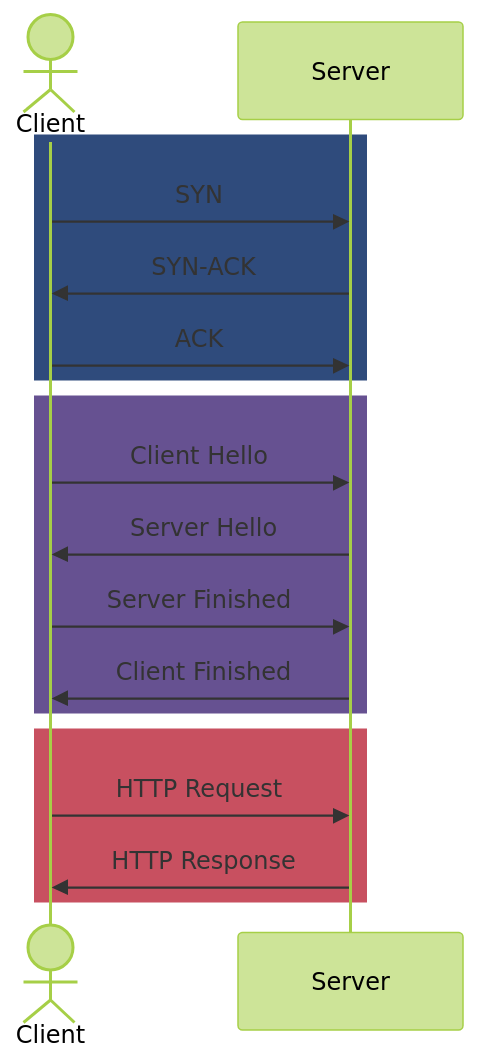
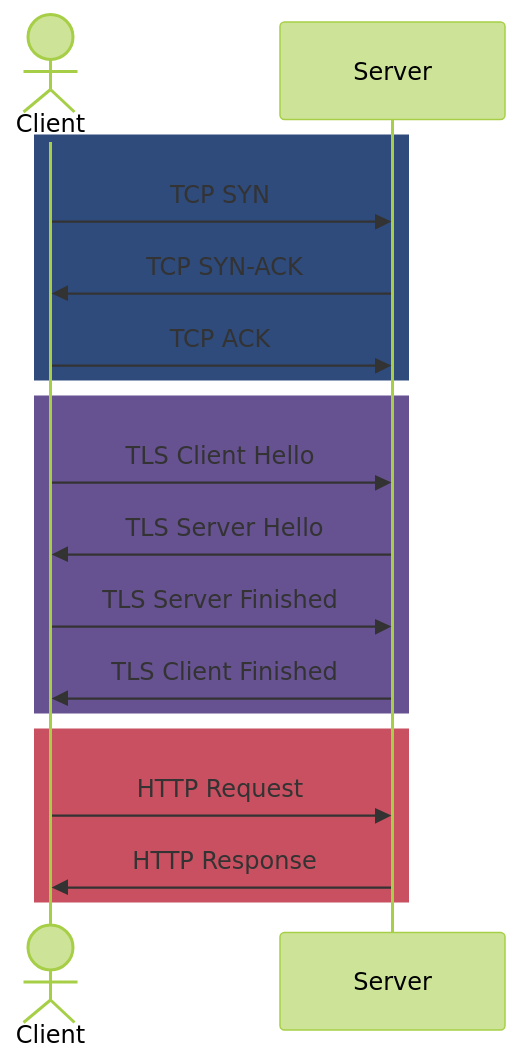
The first of 3 diagrams in content/posts/2024/grpc-over-http3/index.md (sudorandom/kmcd.dev), drawn with Mermaid (forest theme) before and after one commit. The commit also changed other lines of this file and 1 other file, not shown here.

````diff
--- a/content/posts/2024/grpc-over-http3/index.md
+++ b/content/posts/2024/grpc-over-http3/index.md
@@ -36,22 +36,22 @@
 ```mermaid
 sequenceDiagram
     actor Client
 
     rect rgb(47,75,124)
-        Client ->> Server: SYN
-        Server ->> Client: SYN-ACK
-        Client ->> Server: ACK
+        Client ->> Server: TCP SYN
+        Server ->> Client: TCP SYN-ACK
+        Client ->> Server: TCP ACK
     end
 
     rect rgb(102,81,145)
-        Client ->> Server: Client Hello
-        Server ->> Client: Server Hello
-        Client ->> Server: Server Finished
-        Server ->> Client: Client Finished
+        Client ->> Server: TLS Client Hello
+        Server ->> Client: TLS Server Hello
+        Client ->> Server: TLS Server Finished
+        Server ->> Client: TLS Client Finished
     end
 
     rect rgb(200,80,96)
         Client ->> Server: HTTP Request
         Server ->> Client: HTTP Response
     end
 ```
````
